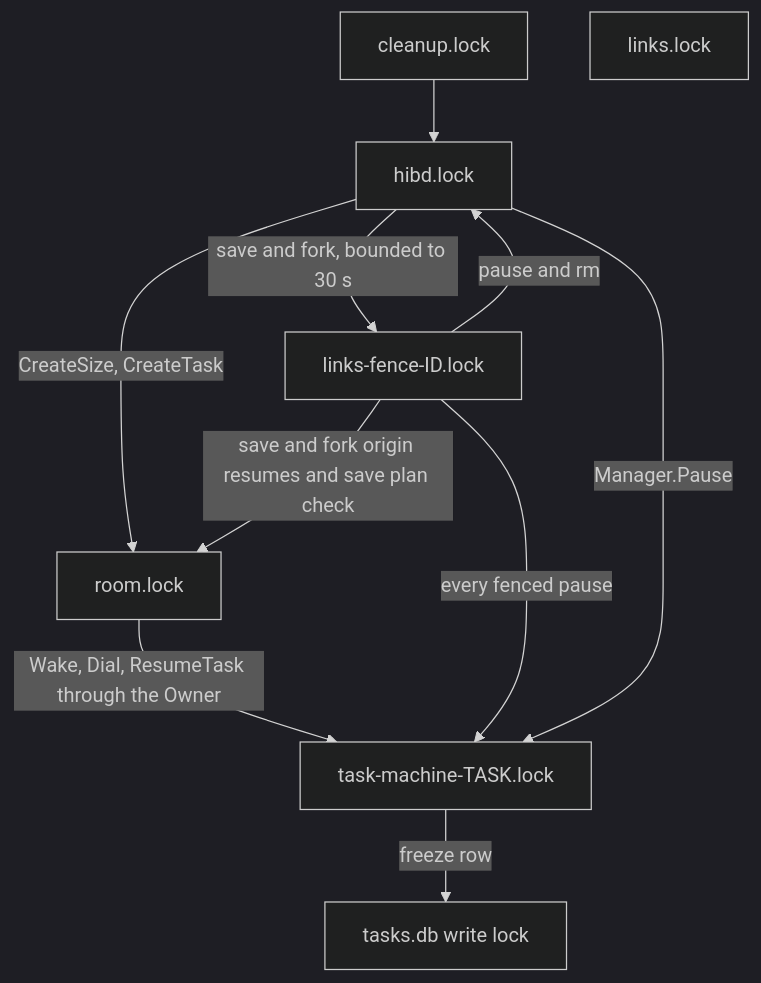
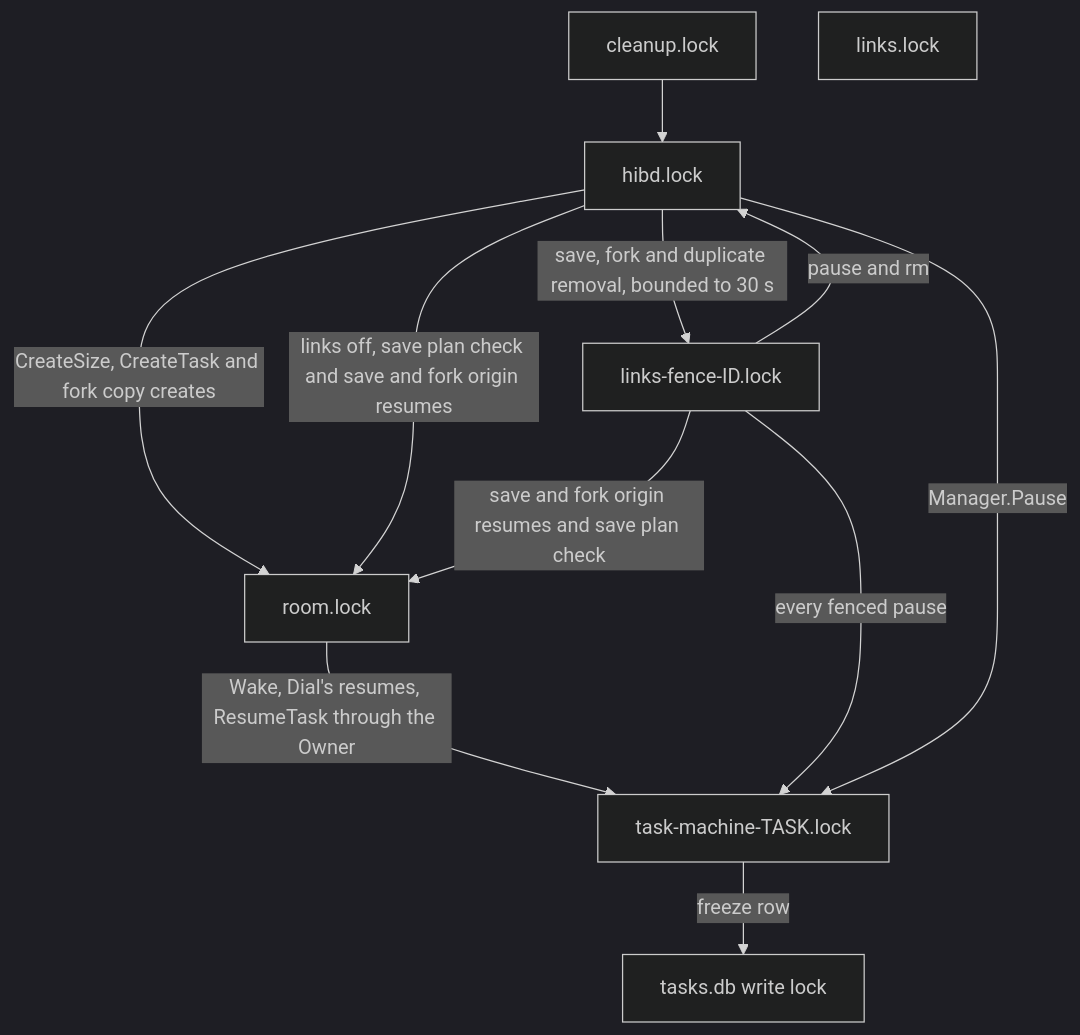
Before and after one commit to solev/hibernaut: the fourth of 4 diagrams in SKETCH.md, drawn with Mermaid (dark theme). The commit also changed other lines of this file and 5 other files, not shown here.

````diff
--- a/SKETCH.md
+++ b/SKETCH.md
@@ -576,13 +576,14 @@
 ```mermaid
 flowchart TD
     CL["cleanup.lock"] --> HL["hibd.lock"]
     FE["links-fence-ID.lock"] -->|"pause and rm"| HL
-    HL -->|"save and fork, bounded to 30 s"| FE
-    HL -->|"CreateSize, CreateTask"| RL["room.lock"]
+    HL -->|"save, fork and duplicate removal, bounded to 30 s"| FE
+    HL -->|"CreateSize, CreateTask and fork copy creates"| RL["room.lock"]
+    HL -->|"links off, save plan check and save and fork origin resumes"| RL
     FE -->|"save and fork origin resumes and save plan check"| RL
-    RL -->|"Wake, Dial, ResumeTask through the Owner"| TM["task-machine-TASK.lock"]
+    RL -->|"Wake, Dial's resumes, ResumeTask through the Owner"| TM["task-machine-TASK.lock"]
     FE -->|"every fenced pause"| TM
     HL -->|"Manager.Pause"| TM
     TM -->|"freeze row"| DB["tasks.db write lock"]
     LL["links.lock"]
 ```
````
